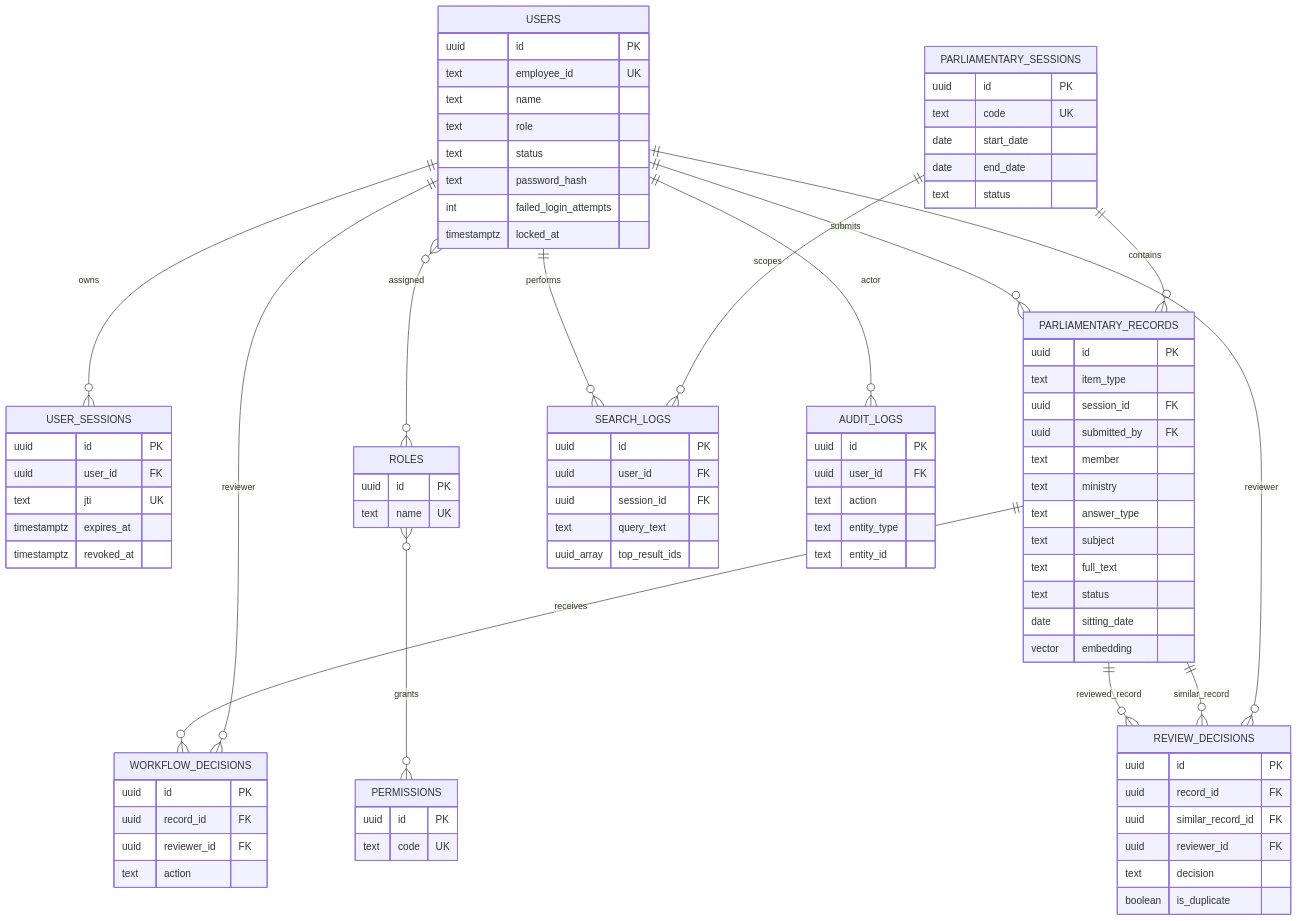
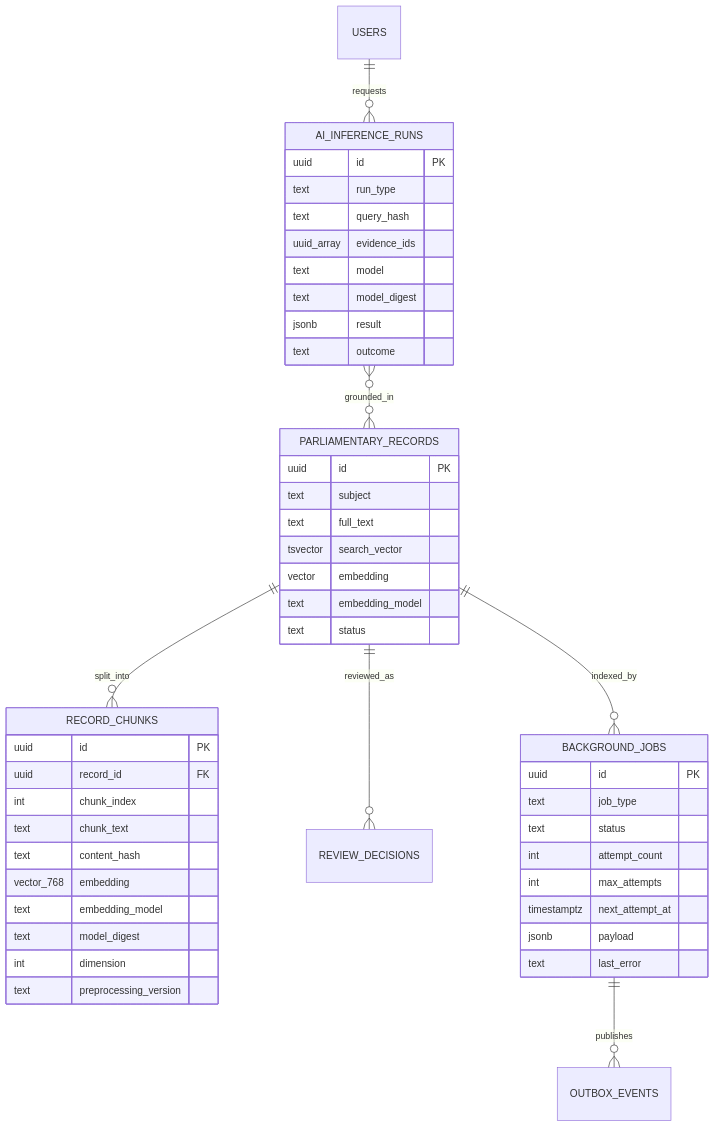
Before and after one commit to brucemainza/NAZ-ORDER-PAPERS-REPO: the eighth of 8 diagrams in docs/system-architecture.md, drawn with Mermaid. The commit also changed other lines of this file and 100 other files, not shown here.

````diff
--- a/docs/system-architecture.md
+++ b/docs/system-architecture.md
@@ -295,100 +363,54 @@
 ```mermaid
 erDiagram
-    USERS ||--o{ USER_SESSIONS : owns
-    USERS }o--o{ ROLES : assigned
-    ROLES }o--o{ PERMISSIONS : grants
-    USERS ||--o{ PARLIAMENTARY_RECORDS : submits
-    PARLIAMENTARY_SESSIONS ||--o{ PARLIAMENTARY_RECORDS : contains
-    USERS ||--o{ SEARCH_LOGS : performs
-    PARLIAMENTARY_SESSIONS ||--o{ SEARCH_LOGS : scopes
-    PARLIAMENTARY_RECORDS ||--o{ REVIEW_DECISIONS : reviewed_record
-    PARLIAMENTARY_RECORDS ||--o{ REVIEW_DECISIONS : similar_record
-    USERS ||--o{ REVIEW_DECISIONS : reviewer
-    PARLIAMENTARY_RECORDS ||--o{ WORKFLOW_DECISIONS : receives
-    USERS ||--o{ WORKFLOW_DECISIONS : reviewer
-    USERS ||--o{ AUDIT_LOGS : actor
+    PARLIAMENTARY_RECORDS ||--o{ RECORD_CHUNKS : split_into
+    PARLIAMENTARY_RECORDS ||--o{ REVIEW_DECISIONS : reviewed_as
+    PARLIAMENTARY_RECORDS ||--o{ BACKGROUND_JOBS : indexed_by
+    BACKGROUND_JOBS ||--o{ OUTBOX_EVENTS : publishes
+    USERS ||--o{ AI_INFERENCE_RUNS : requests
+    AI_INFERENCE_RUNS }o--o{ PARLIAMENTARY_RECORDS : grounded_in
 
-    USERS {
+    PARLIAMENTARY_RECORDS {
         uuid id PK
-        text employee_id UK
-        text name
-        text role
-        text status
-        text password_hash
-        int failed_login_attempts
-        timestamptz locked_at
-    }
-
-    USER_SESSIONS {
-        uuid id PK
-        uuid user_id FK
-        text jti UK
-        timestamptz expires_at
-        timestamptz revoked_at
-    }
-
-    ROLES {
-        uuid id PK
-        text name UK
-    }
-
-    PERMISSIONS {
-        uuid id PK
-        text code UK
-    }
-
-    PARLIAMENTARY_SESSIONS {
-        uuid id PK
-        text code UK
-        date start_date
-        date end_date
+        text subject
+        text full_text
+        tsvector search_vector
+        vector embedding
+        text embedding_model
         text status
     }
 
-    PARLIAMENTARY_RECORDS {
+    RECORD_CHUNKS {
         uuid id PK
-        text item_type
-        uuid session_id FK
-        uuid submitted_by FK
-        text member
-        text ministry
-        text answer_type
-        text subject
-        text full_text
-        text status
-        date sitting_date
-        vector embedding
+        uuid record_id FK
+        int chunk_index
+        text chunk_text
+        text content_hash
+        vector_768 embedding
+        text embedding_model
+        text model_digest
+        int dimension
+        text preprocessing_version
     }
 
-    REVIEW_DECISIONS {
+    BACKGROUND_JOBS {
         uuid id PK
-        uuid record_id FK
-        uuid similar_record_id FK
-        uuid reviewer_id FK
-        text decision
-        boolean is_duplicate
+        text job_type
+        text status
+        int attempt_count
+        int max_attempts
+        timestamptz next_attempt_at
+        jsonb payload
+        text last_error
     }
 
-    WORKFLOW_DECISIONS {
+    AI_INFERENCE_RUNS {
         uuid id PK
-        uuid record_id FK
-        uuid reviewer_id FK
-        text action
-    }
-
-    SEARCH_LOGS {
-        uuid id PK
-        uuid user_id FK
-        uuid session_id FK
-        text query_text
-        uuid_array top_result_ids
-    }
-
-    AUDIT_LOGS {
-        uuid id PK
-        uuid user_id FK
-        text action
-        text entity_type
-        text entity_id
+        text run_type
+        text query_hash
+        uuid_array evidence_ids
+        text model
+        text model_digest
+        jsonb result
+        text outcome
     }
 ```
````
